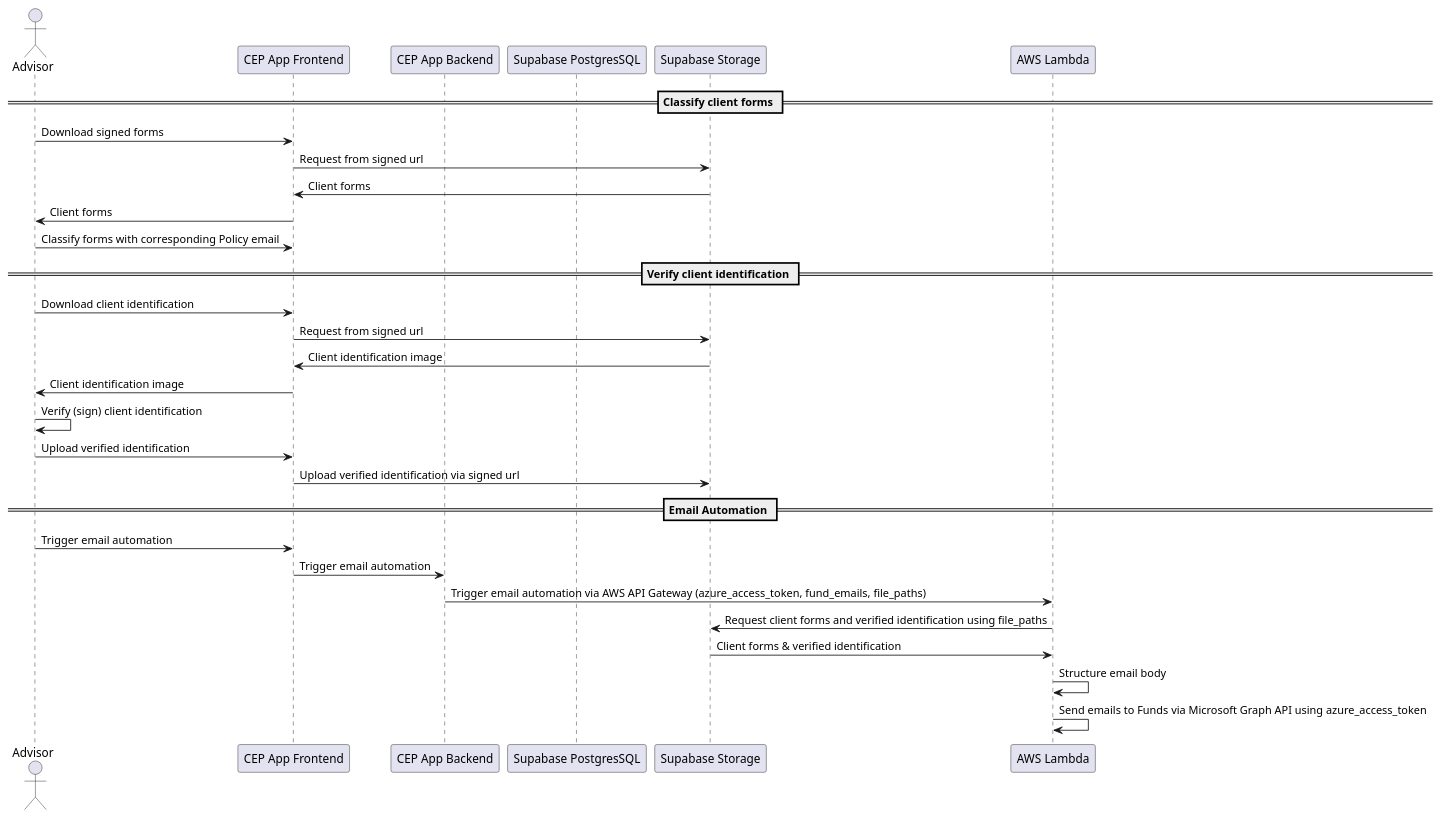
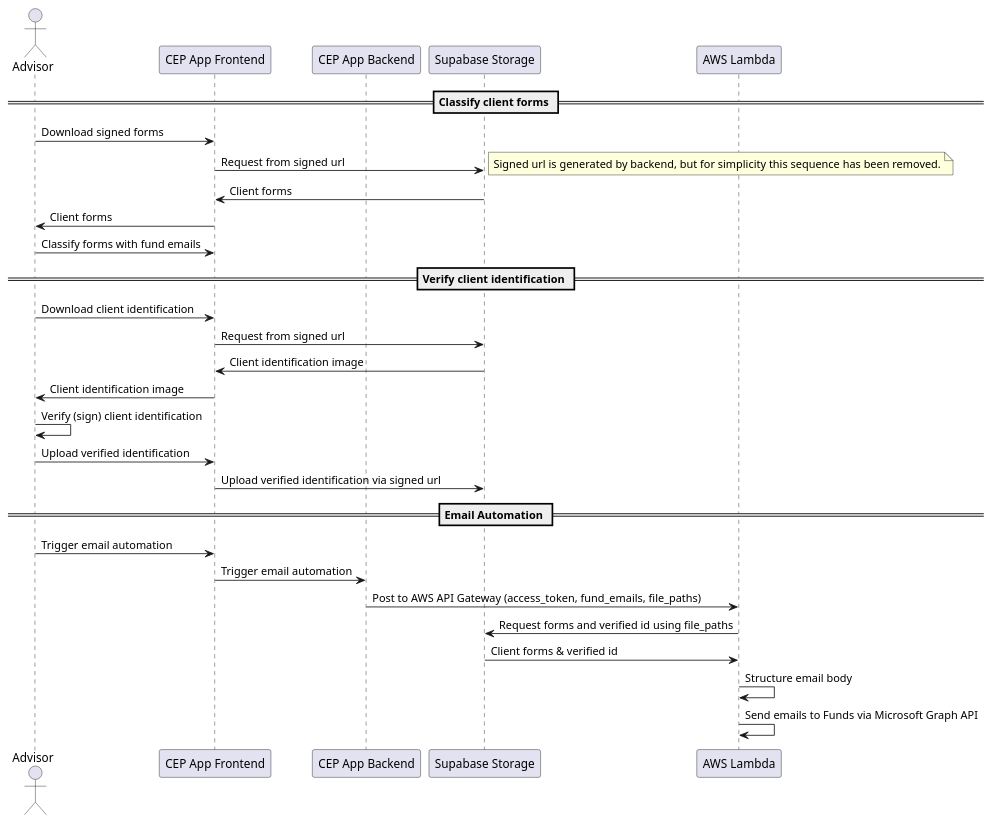
One commit to Arthur006/financial-advisor-cep changed the diagram in puml/advisor-sequence.puml. Above: the diagram before and after it, drawn with PlantUML. The commit also changed 5 other files, not shown here.

Commit message:
Slight improvements to diagram. Simplify text to enlarge image content

```diff
--- a/puml/advisor-sequence.puml
+++ b/puml/advisor-sequence.puml
@@ -1,35 +1,35 @@
 @startuml
 
 actor Advisor 
 participant "CEP App Frontend" as Frontend
 participant "CEP App Backend" as Backend
-participant "Supabase PostgresSQL" as Postgres
 participant "Supabase Storage" as Storage
 participant "AWS Lambda" as Lambda
 
 == Classify client forms ==
 Advisor -> Frontend: Download signed forms
 Frontend -> Storage: Request from signed url
+note right: Signed url is generated by backend, but for simplicity this sequence has been removed.
 Storage -> Frontend: Client forms
 Frontend -> Advisor: Client forms
-Advisor -> Frontend: Classify forms with corresponding Policy email
+Advisor -> Frontend: Classify forms with fund emails
 
 == Verify client identification ==
 Advisor -> Frontend: Download client identification
 Frontend -> Storage: Request from signed url 
 Storage -> Frontend: Client identification image
 Frontend -> Advisor: Client identification image
 Advisor -> Advisor: Verify (sign) client identification
 Advisor -> Frontend: Upload verified identification
 Frontend -> Storage: Upload verified identification via signed url
 
 == Email Automation ==
 Advisor -> Frontend: Trigger email automation
 Frontend -> Backend: Trigger email automation
-Backend -> Lambda: Trigger email automation via AWS API Gateway (azure_access_token, fund_emails, file_paths)
-Lambda -> Storage: Request client forms and verified identification using file_paths
-Storage -> Lambda: Client forms & verified identification
+Backend -> Lambda: Post to AWS API Gateway (access_token, fund_emails, file_paths)
+Lambda -> Storage: Request forms and verified id using file_paths
+Storage -> Lambda: Client forms & verified id
 Lambda -> Lambda: Structure email body
-Lambda -> Lambda: Send emails to Funds via Microsoft Graph API using azure_access_token
+Lambda -> Lambda: Send emails to Funds via Microsoft Graph API
 
 @enduml
```
